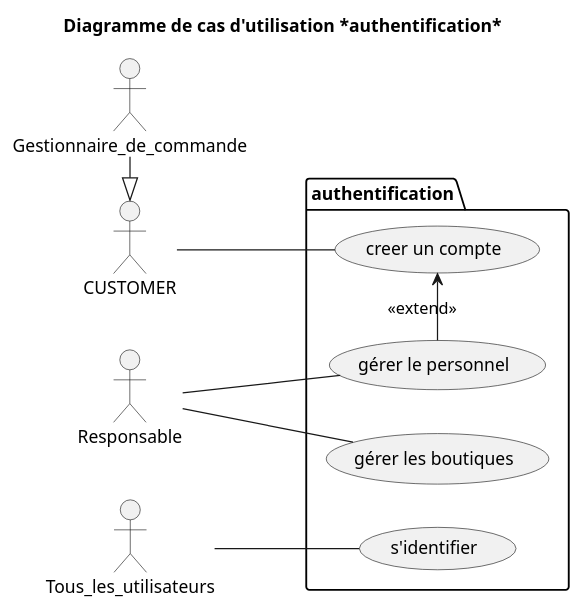
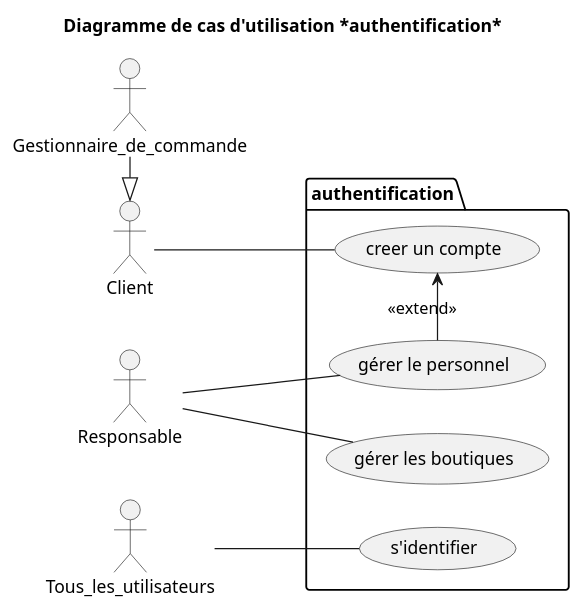
One commit to Zepmanbc/oc_dapython_pr4 changed the diagram in doc/uml/03_authentification.puml. Above: the diagram before and after it, drawn with PlantUML. The commit also changed 3 other files, not shown here.

Commit message:
correction des noms dans les diagrammes

```diff
--- a/doc/uml/03_authentification.puml
+++ b/doc/uml/03_authentification.puml
@@ -1,25 +1,25 @@
 @startuml 03_authentification
 title Diagramme de cas d'utilisation *authentification*
 
 actor Gestionnaire_de_commande as GESTCMD
-' actor Client as CUSTOMER
+actor Client as CUSTOMER
 ' actor Gestionnaire_de_stock as GESTSTOCK
 ' actor Pizzaiolo as PZLO
 actor Responsable as BOSS
 ' actor Banque <<system>> as BANK
 
 package authentification{
     left to right direction
     (creer un compte) as REGISTER
     (gérer le personnel) as MANAGE_EMPL
     (s'identifier) as LOGIN
     (gérer les boutiques) as STORE
 }
 MANAGE_EMPL -> REGISTER: <<extend>>
 CUSTOMER -- REGISTER
 GESTCMD -|> CUSTOMER
 BOSS -- MANAGE_EMPL
 BOSS -- STORE
 Tous_les_utilisateurs -- LOGIN
 
 @enduml
```
